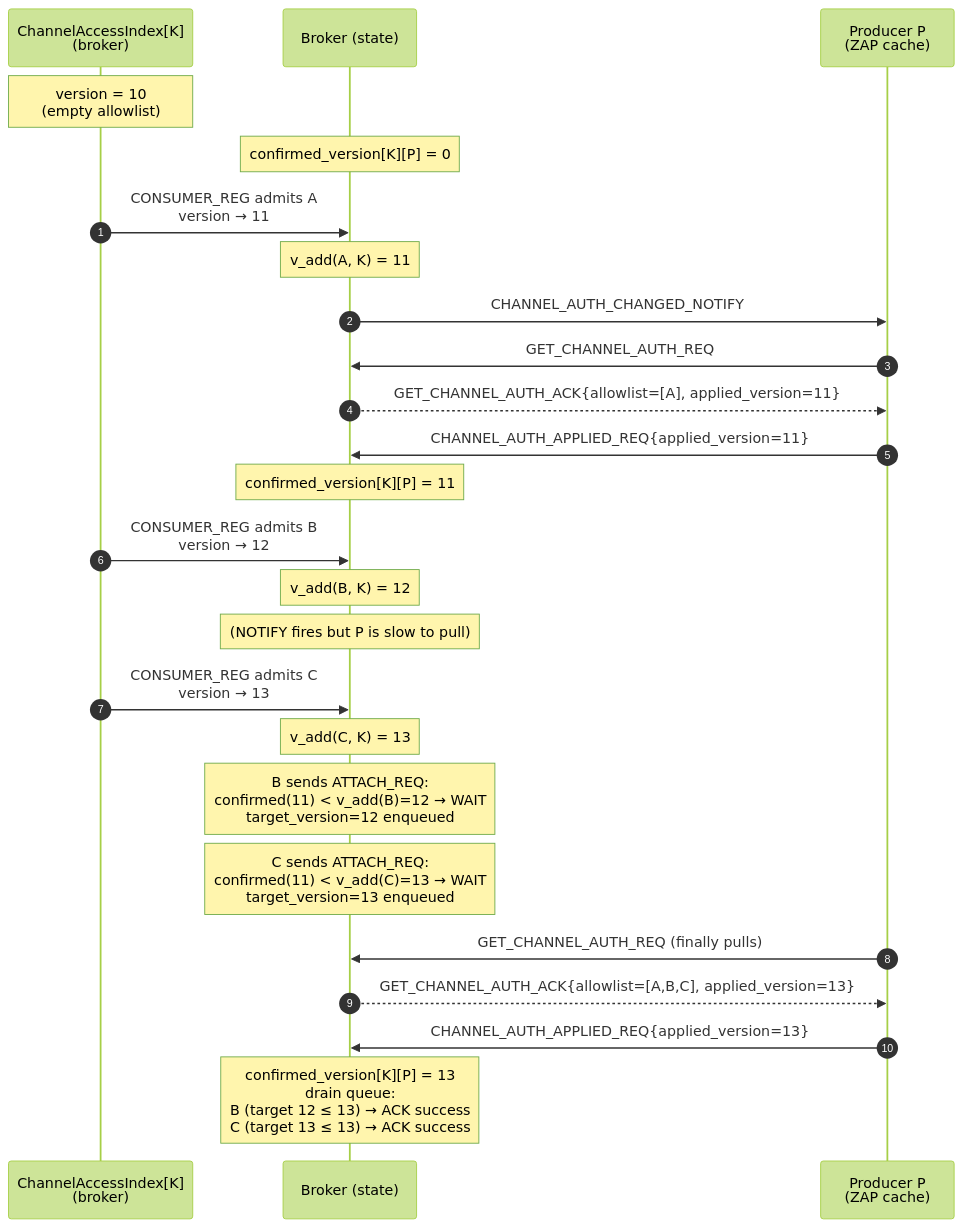
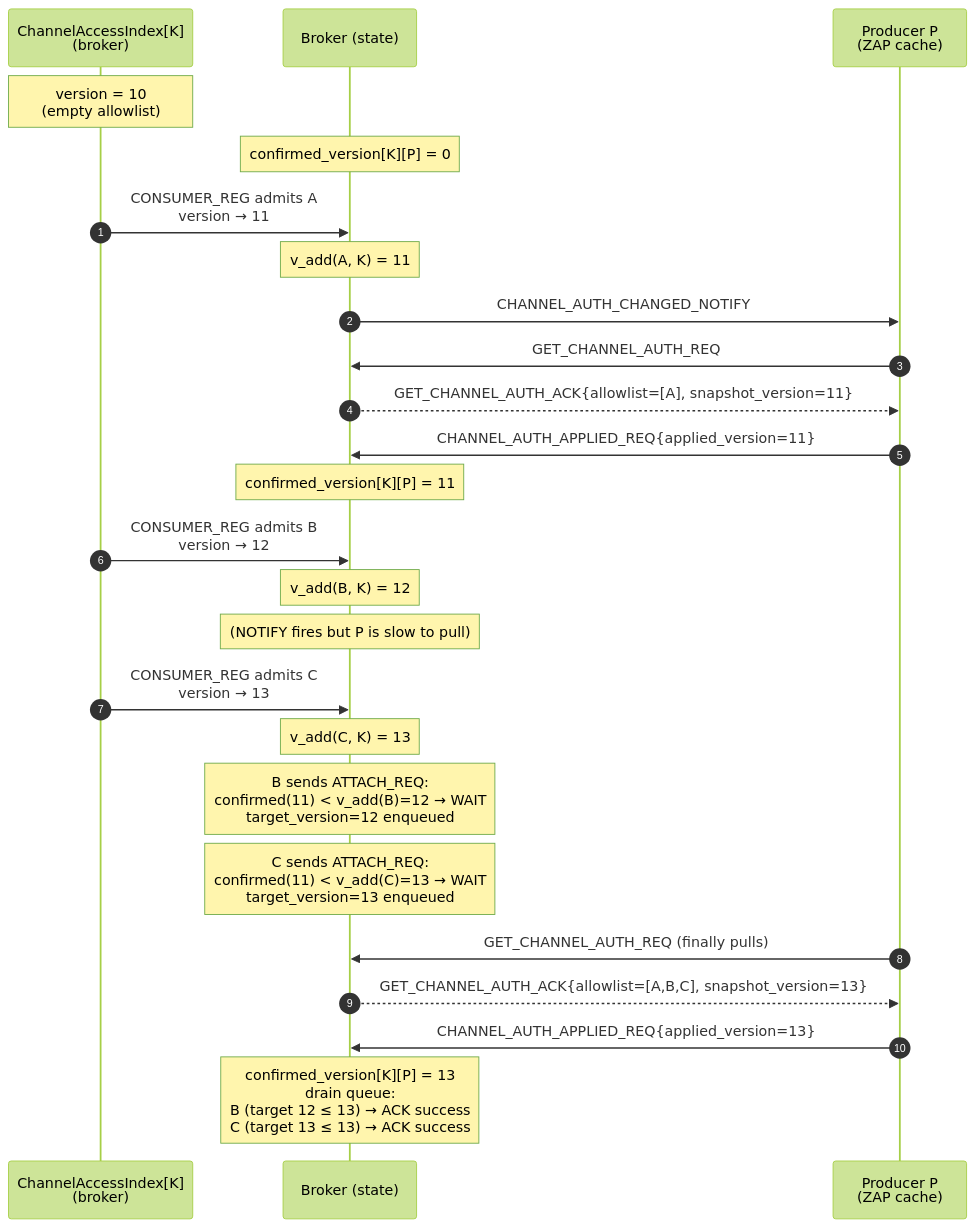
Before and after one commit to Qing-LAB/pylabhub: the first of 3 diagrams in docs/tech_draft/DRAFT_HEP-0036_zmq-pre-confirm_2026-06-30.md, drawn with Mermaid (forest theme). The commit also changed other lines of this file, not shown here.

````diff
--- a/docs/tech_draft/DRAFT_HEP-0036_zmq-pre-confirm_2026-06-30.md
+++ b/docs/tech_draft/DRAFT_HEP-0036_zmq-pre-confirm_2026-06-30.md
@@ -219,33 +223,33 @@
 ```mermaid
 sequenceDiagram
     autonumber
     participant Idx as ChannelAccessIndex[K]<br/>(broker)
     participant B as Broker (state)
     participant P as Producer P<br/>(ZAP cache)
 
     Note over Idx: version = 10<br/>(empty allowlist)
     Note over B: confirmed_version[K][P] = 0
 
     Idx->>B: CONSUMER_REG admits A<br/>version → 11
     Note over B: v_add(A, K) = 11
     B->>P: CHANNEL_AUTH_CHANGED_NOTIFY
     P->>B: GET_CHANNEL_AUTH_REQ
-    B-->>P: GET_CHANNEL_AUTH_ACK{allowlist=[A], applied_version=11}
+    B-->>P: GET_CHANNEL_AUTH_ACK{allowlist=[A], snapshot_version=11}
     P->>B: CHANNEL_AUTH_APPLIED_REQ{applied_version=11}
     Note over B: confirmed_version[K][P] = 11
 
     Idx->>B: CONSUMER_REG admits B<br/>version → 12
     Note over B: v_add(B, K) = 12
     Note over B: (NOTIFY fires but P is slow to pull)
 
     Idx->>B: CONSUMER_REG admits C<br/>version → 13
     Note over B: v_add(C, K) = 13
 
     Note over B: B sends ATTACH_REQ:<br/>confirmed(11) < v_add(B)=12 → WAIT<br/>target_version=12 enqueued
     Note over B: C sends ATTACH_REQ:<br/>confirmed(11) < v_add(C)=13 → WAIT<br/>target_version=13 enqueued
 
     P->>B: GET_CHANNEL_AUTH_REQ (finally pulls)
-    B-->>P: GET_CHANNEL_AUTH_ACK{allowlist=[A,B,C], applied_version=13}
+    B-->>P: GET_CHANNEL_AUTH_ACK{allowlist=[A,B,C], snapshot_version=13}
     P->>B: CHANNEL_AUTH_APPLIED_REQ{applied_version=13}
     Note over B: confirmed_version[K][P] = 13<br/>drain queue:<br/>  B (target 12 ≤ 13) → ACK success<br/>  C (target 13 ≤ 13) → ACK success
 ```
````
